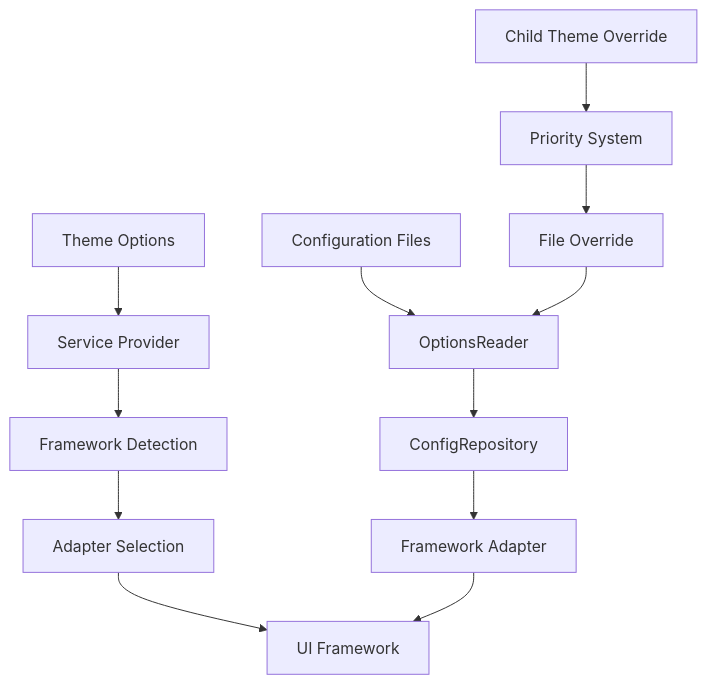
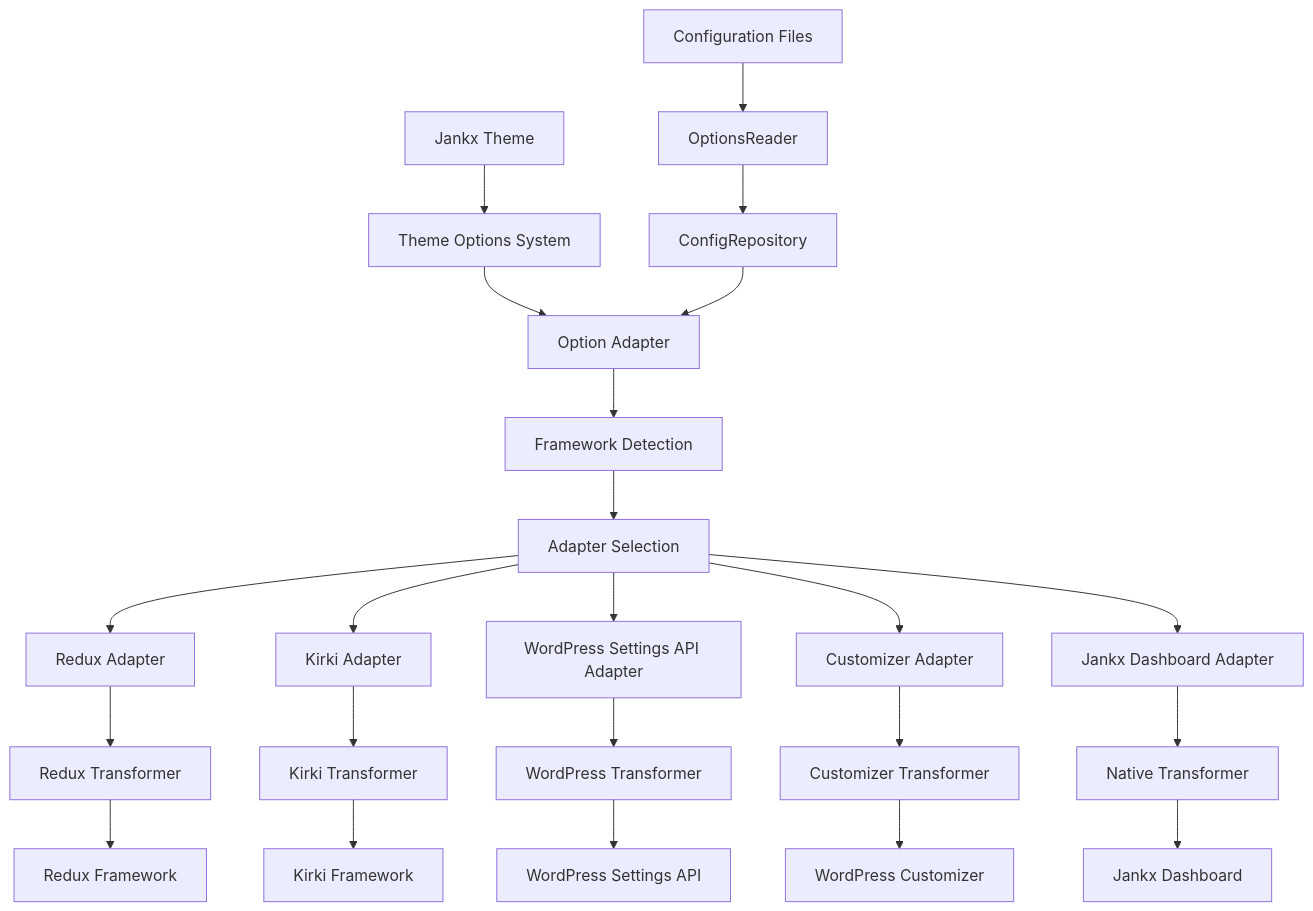
Before and after one commit to jankx/jankx: the diagram in docs/options/readme.md, drawn with Mermaid. The commit also changed other lines of this file and 2 other files, not shown here.

Commit message:
clean up theme options debug logs

````diff
--- a/docs/options/readme.md
+++ b/docs/options/readme.md
@@ -51,16 +11,29 @@
 ```mermaid
 graph TD
-    A[Theme Options] --> B[Service Provider]
-    B --> C[Framework Detection]
-    C --> D[Adapter Selection]
-    D --> E[UI Framework]
+    A[Jankx Theme] --> B[Theme Options System]
+    B --> C[Option Adapter]
+    C --> D[Framework Detection]
+    D --> E[Adapter Selection]
 
-    F[Configuration Files] --> G[OptionsReader]
-    G --> H[ConfigRepository]
-    H --> I[Framework Adapter]
-    I --> E
+    E --> F[Redux Adapter]
+    E --> G[Kirki Adapter]
+    E --> H[WordPress Settings API Adapter]
+    E --> I[Customizer Adapter]
+    E --> J[Jankx Dashboard Adapter]
 
-    J[Child Theme Override] --> K[Priority System]
-    K --> L[File Override]
-    L --> G
+    F --> K[Redux Transformer]
+    G --> L[Kirki Transformer]
+    H --> M[WordPress Transformer]
+    I --> N[Customizer Transformer]
+    J --> O[Native Transformer]
+
+    K --> P[Redux Framework]
+    L --> Q[Kirki Framework]
+    M --> R[WordPress Settings API]
+    N --> S[WordPress Customizer]
+    O --> T[Jankx Dashboard]
+
+    U[Configuration Files] --> V[OptionsReader]
+    V --> W[ConfigRepository]
+    W --> C
 ```
````
